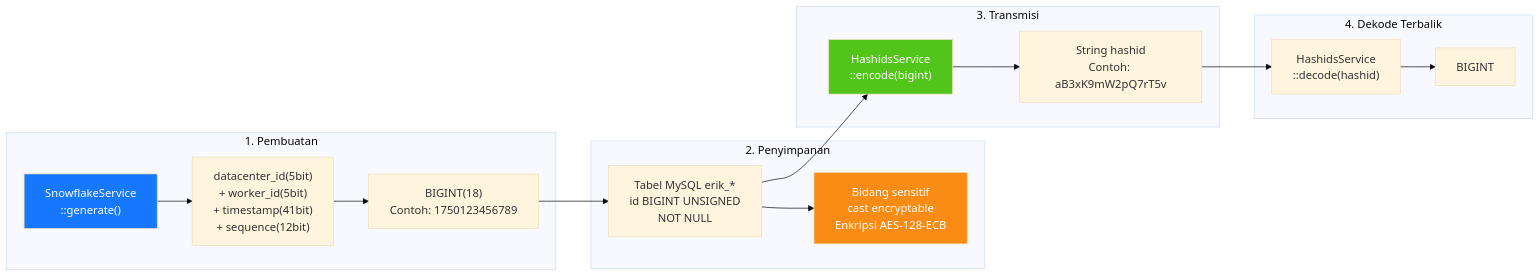
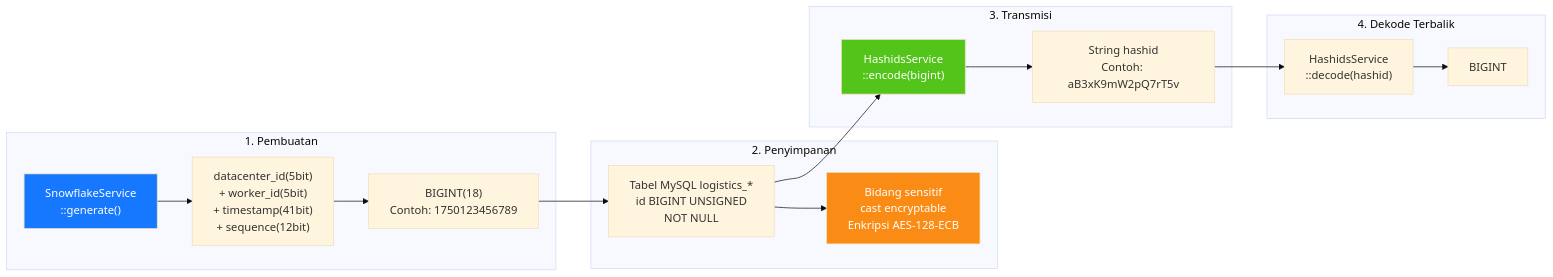
One commit to erikwang2013/integrated-global-logistics changed the seventh of 14 diagrams in admin/docs/ARCHITECTURE.id.md. Above: the diagram before and after it, drawn with Mermaid (base theme). The commit also changed other lines of this file and 211 other files, not shown here.

````diff
--- a/admin/docs/ARCHITECTURE.id.md
+++ b/admin/docs/ARCHITECTURE.id.md
@@ -364,33 +364,33 @@
 ```mermaid
 flowchart LR
     subgraph "1. Pembuatan"
         G1["SnowflakeService<br/>::generate()"]
         G2["datacenter_id(5bit)<br/>+ worker_id(5bit)<br/>+ timestamp(41bit)<br/>+ sequence(12bit)"]
         G3["BIGINT(18)<br/>Contoh: 1750123456789"]
         G1 --> G2 --> G3
     end
 
     subgraph "2. Penyimpanan"
-        S1["Tabel MySQL erik_*<br/>id BIGINT UNSIGNED<br/>NOT NULL"]
+        S1["Tabel MySQL logistics_*<br/>id BIGINT UNSIGNED<br/>NOT NULL"]
         S2["Bidang sensitif<br/>cast encryptable<br/>Enkripsi AES-128-ECB"]
         G3 --> S1
         S1 --> S2
     end
 
     subgraph "3. Transmisi"
         T1["HashidsService<br/>::encode(bigint)"]
         T2["String hashid<br/>Contoh: aB3xK9mW2pQ7rT5v"]
         S1 --> T1
         T1 --> T2
     end
 
     subgraph "4. Dekode Terbalik"
         R1["HashidsService<br/>::decode(hashid)"]
         R2["BIGINT"]
         T2 --> R1 --> R2
     end
 
     style G1 fill:#1677FF,color:#fff
     style T1 fill:#52C41A,color:#fff
     style S2 fill:#FA8C16,color:#fff
 ```
````
